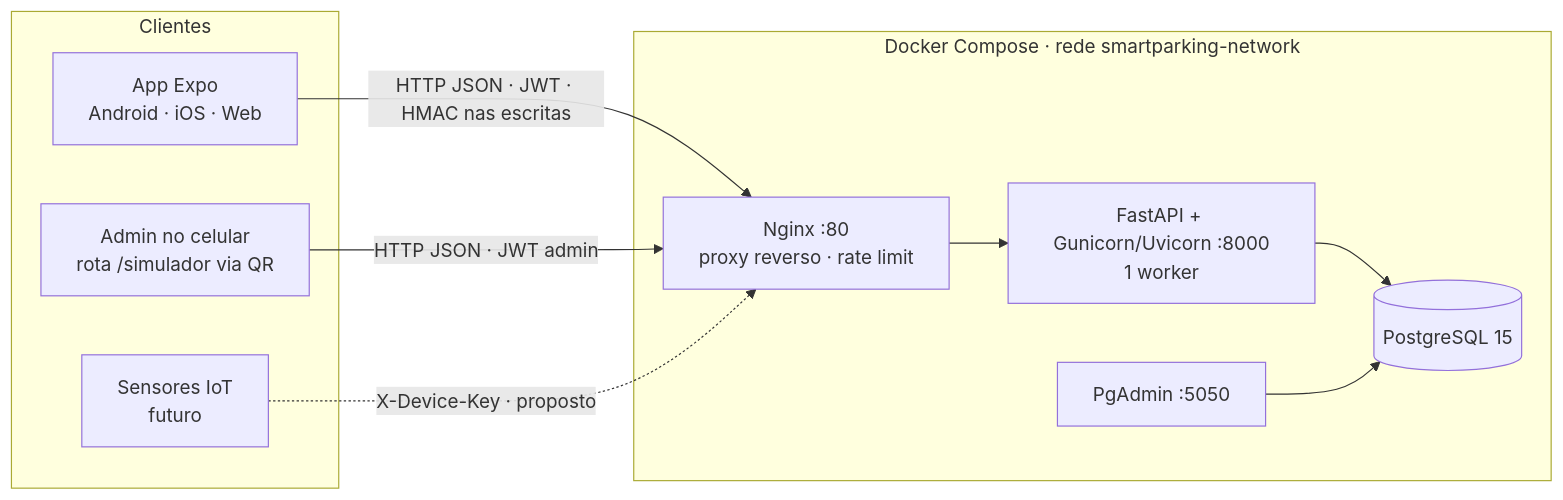
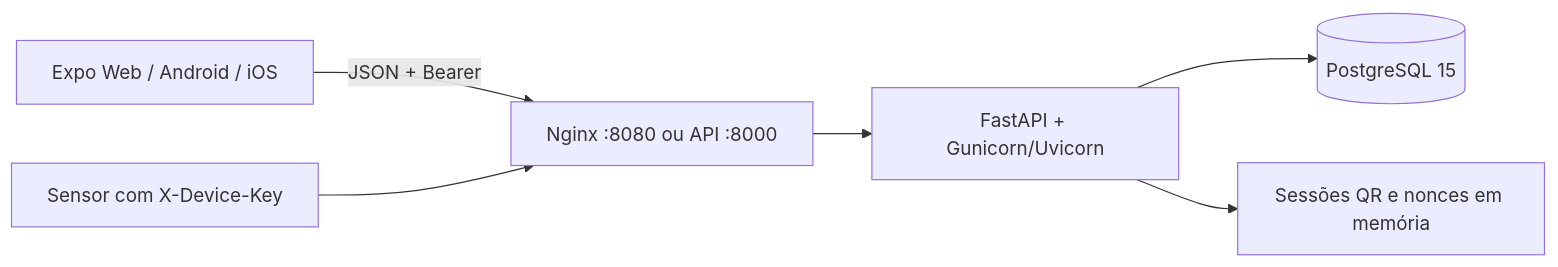
One commit to beh-S4nt05/smart-parking-pex changed the diagram in src/docs/SDD.md. Above: the diagram before and after it, drawn with Mermaid. The commit also changed other lines of this file and 1 other file, not shown here.

````diff
--- a/src/docs/SDD.md
+++ b/src/docs/SDD.md
@@ -314,20 +91,8 @@
 ```mermaid
 flowchart LR
-  subgraph Clientes
-    APP["App Expo<br/>Android · iOS · Web"]
-    ADM["Admin no celular<br/>rota /simulador via QR"]
-    IOT["Sensores IoT<br/>futuro"]
-  end
-  subgraph Docker["Docker Compose · rede smartparking-network"]
-    NGX["Nginx :80<br/>proxy reverso · rate limit"]
-    API["FastAPI + Gunicorn/Uvicorn :8000<br/>1 worker"]
-    DB[("PostgreSQL 15")]
-    PGA["PgAdmin :5050"]
-  end
-  APP -->|"HTTP JSON · JWT · HMAC nas escritas"| NGX
-  ADM -->|"HTTP JSON · JWT admin"| NGX
-  IOT -.->|"X-Device-Key · proposto"| NGX
-  NGX --> API
-  API --> DB
-  PGA --> DB
+  C["Expo Web / Android / iOS"] -->|"JSON + Bearer"| N["Nginx :8080 ou API :8000"]
+  S["Sensor com X-Device-Key"] --> N
+  N --> A["FastAPI + Gunicorn/Uvicorn"]
+  A --> P[("PostgreSQL 15")]
+  A --> M["Sessões QR e nonces em memória"]
 ```
````
